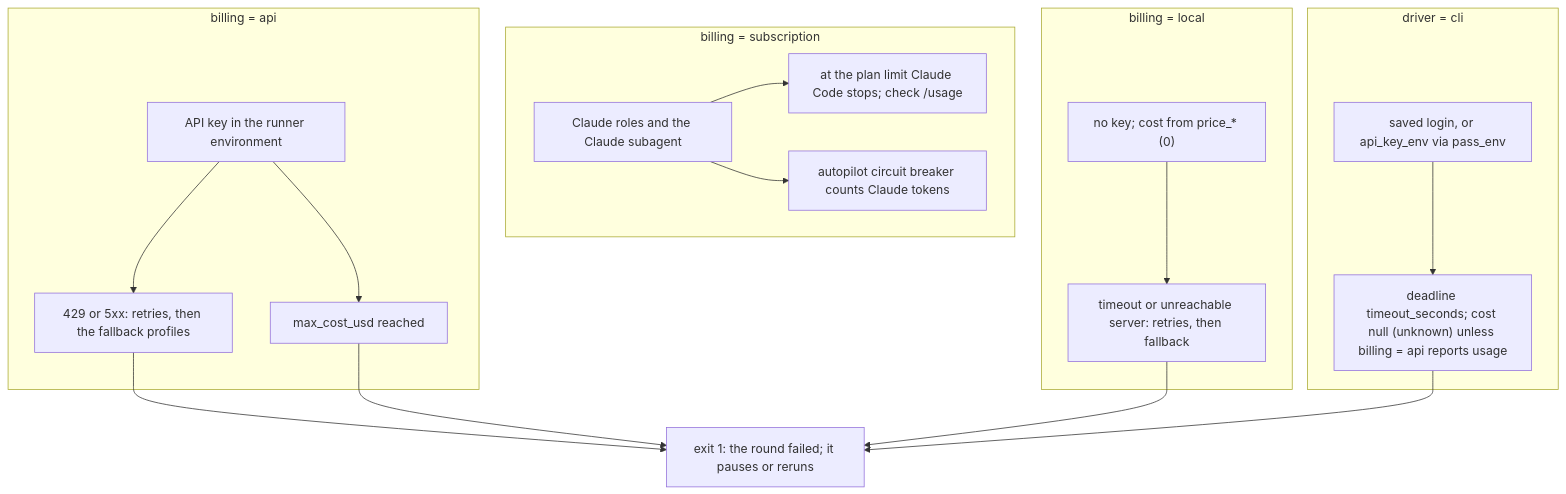
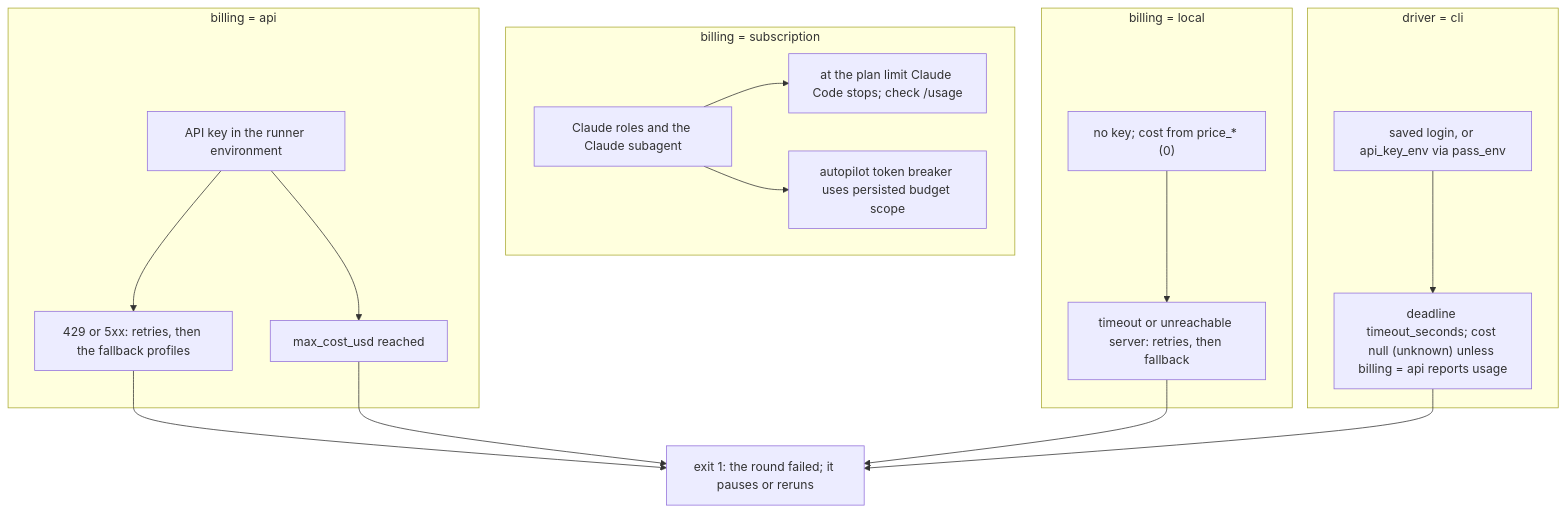
One commit to jakos/claude-baseline changed the first of 4 diagrams in docs/task-flow/external-implementer.md. Above: the diagram before and after it, drawn with Mermaid. The commit also changed other lines of this file and 28 other files, not shown here.

First line of the commit message:
feat(task-flow): run the backlog and reviewer roles through an external profile

````diff
--- a/docs/task-flow/external-implementer.md
+++ b/docs/task-flow/external-implementer.md
@@ -70,32 +69,32 @@
 ```mermaid
 flowchart TD
   subgraph subg["billing = subscription"]
     claude["Claude roles and the Claude subagent"]
     usage["at the plan limit Claude Code stops; check /usage"]
-    breaker["autopilot circuit breaker counts Claude tokens"]
+    breaker["autopilot token breaker uses persisted budget scope"]
     claude --> usage
     claude --> breaker
   end
   subgraph apig["billing = api"]
     key["API key in the runner environment"]
     retry["429 or 5xx: retries, then the fallback profiles"]
     cap["max_cost_usd reached"]
     key --> retry
     key --> cap
   end
   subgraph loc["billing = local"]
     nokey["no key; cost from price_* (0)"]
     lretry["timeout or unreachable server: retries, then fallback"]
     nokey --> lretry
   end
   subgraph clib["driver = cli"]
     clilogin["saved login, or api_key_env via pass_env"]
     clilim["deadline timeout_seconds; cost null (unknown) unless billing = api reports usage"]
     clilogin --> clilim
   end
   exit1["exit 1: the round failed; it pauses or reruns"]
   retry --> exit1
   cap --> exit1
   lretry --> exit1
   clilim --> exit1
 ```
````
